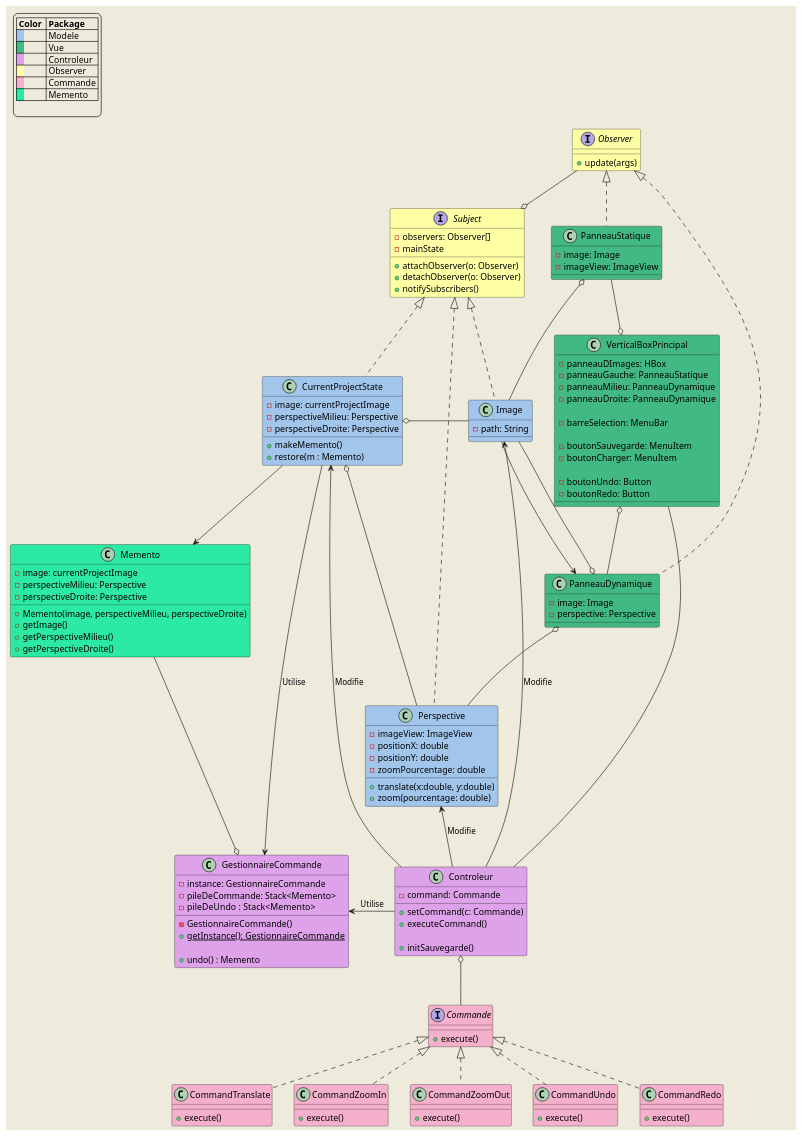
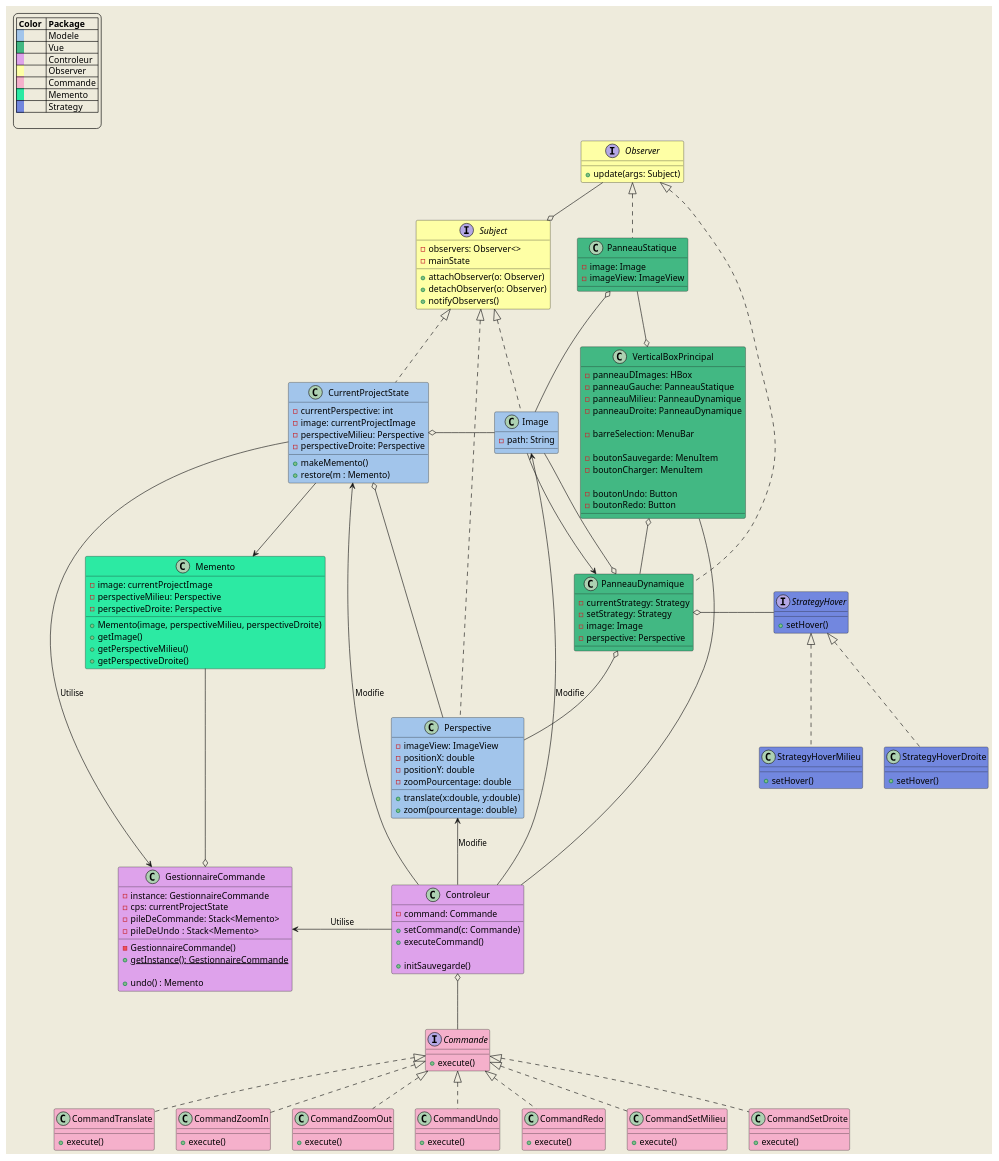
One commit to VelaSam/PerspectivePro changed the diagram in src/diagrammes/diagramme_de_classe_global.puml. Above: the diagram before and after it, drawn with PlantUML. The commit also changed 1 other file, not shown here.

```diff
--- a/src/diagrammes/diagramme_de_classe_global.puml
+++ b/src/diagrammes/diagramme_de_classe_global.puml
@@ -11,6 +11,7 @@
  |<back:#FEFFA5>   </back>| Observer |
  |<back:#F5B0CB>   </back>| Commande |
  |<back:#2CEAA3>   </back>| Memento |
+ |<back:#7287DF>   </back>| Strategy |
 
  endlegend
 
@@ -19,16 +20,16 @@
 
     '----------OBSERVER--------------'
     interface Observer #FEFFA5{
-        +update(args)
+        +update(args: Subject)
     }
 
     interface Subject #FEFFA5{
-        -observers: Observer[]
+        -observers: Observer<>
         -mainState
 
         +attachObserver(o: Observer)
         +detachObserver(o: Observer)
-        +notifySubscribers()
+        +notifyObservers()
 
     }
     '-----------OBSERVER--------------'
@@ -58,7 +59,16 @@
     class CommandUndo #F5B0CB implements Commande{
         +execute()
     }
+
     class CommandRedo #F5B0CB implements Commande{
+        +execute()
+    }
+
+    class CommandSetMilieu #F5B0CB implements Commande{
+        +execute()
+    }
+
+    class CommandSetDroite #F5B0CB implements Commande{
         +execute()
     }
 
@@ -71,6 +81,7 @@
 
     class GestionnaireCommande #dea2eb{
         -instance: GestionnaireCommande
+        -cps: currentProjectState
         -pileDeCommande: Stack<Memento>
         -pileDeUndo  : Stack<Memento>
 
@@ -113,6 +124,7 @@
 
     class CurrentProjectState #a2c5eb implements Subject {
 
+        -currentPerspective: int
         -image: currentProjectImage
         -perspectiveMilieu: Perspective
         -perspectiveDroite: Perspective
@@ -177,16 +189,29 @@
 
     class PanneauDynamique #42b883 implements Observer{
 
+        -currentStrategy: Strategy
+        -setStrategy: Strategy
         -image: Image
         -perspective: Perspective
+    }
 
+    interface StrategyHover #7287DF {
 
+        +setHover()
+    }
 
+    class StrategyHoverMilieu #7287DF implements StrategyHover {
 
+        +setHover()
+    }
+
+    class StrategyHoverDroite #7287DF implements StrategyHover{
+
+        +setHover()
     }
 
 
-
+    PanneauDynamique o- StrategyHover
    Observer -o Subject
    Controleur -l-> GestionnaireCommande : Utilise
    CurrentProjectState <-- Controleur : Modifie
```
